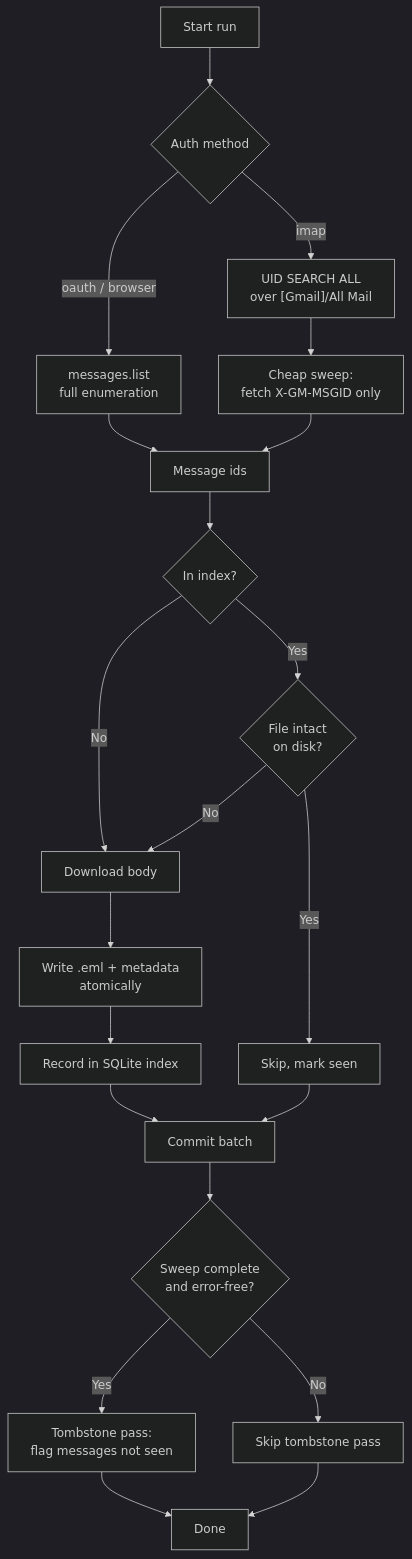
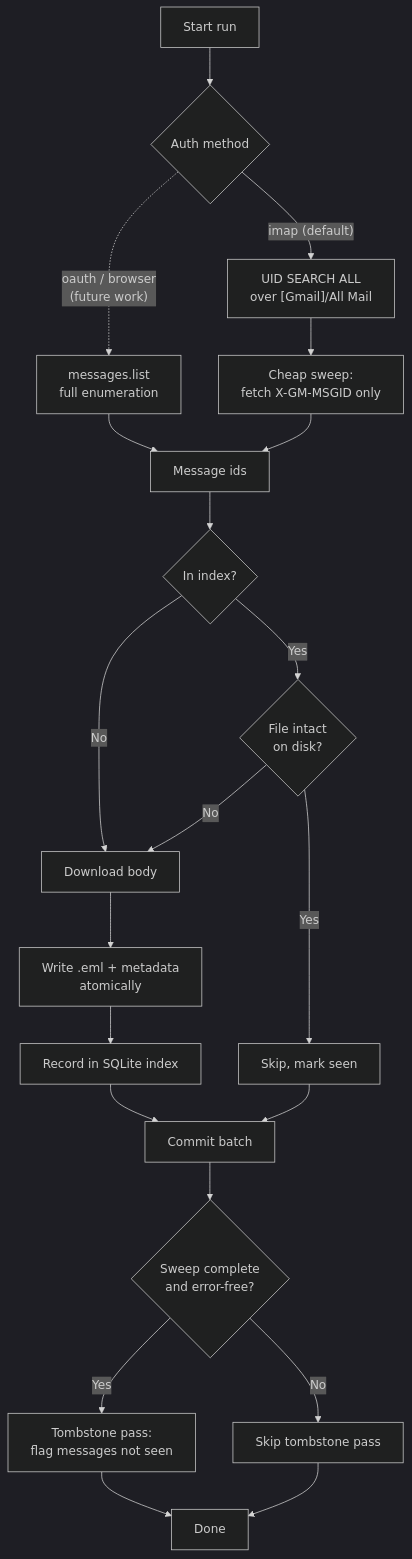
One commit to junxit/gmail-archiver changed the diagram in README.md. Above: the diagram before and after it, drawn with Mermaid (dark theme). The commit also changed other lines of this file and 2 other files, not shown here.

````diff
--- a/README.md
+++ b/README.md
@@ -47,23 +49,23 @@
 ```mermaid
 flowchart TD
     A[Start run] --> B{Auth method}
-    B -->|imap| C["UID SEARCH ALL<br/>over [Gmail]/All Mail"]
-    B -->|oauth / browser| D["messages.list<br/>full enumeration"]
+    B -->|"imap (default)"| C["UID SEARCH ALL<br/>over [Gmail]/All Mail"]
+    B -.->|"oauth / browser<br/>(future work)"| D["messages.list<br/>full enumeration"]
     C --> E["Cheap sweep:<br/>fetch X-GM-MSGID only"]
     D --> F[Message ids]
     E --> F
     F --> G{In index?}
     G -->|No| H[Download body]
     G -->|Yes| I{File intact<br/>on disk?}
     I -->|Yes| J[Skip, mark seen]
     I -->|No| H
     H --> K["Write .eml + metadata<br/>atomically"]
     K --> L[Record in SQLite index]
     L --> M[Commit batch]
     J --> M
     M --> N{Sweep complete<br/>and error-free?}
     N -->|Yes| O["Tombstone pass:<br/>flag messages not seen"]
     N -->|No| P[Skip tombstone pass]
     O --> Q[Done]
     P --> Q
 ```
````
